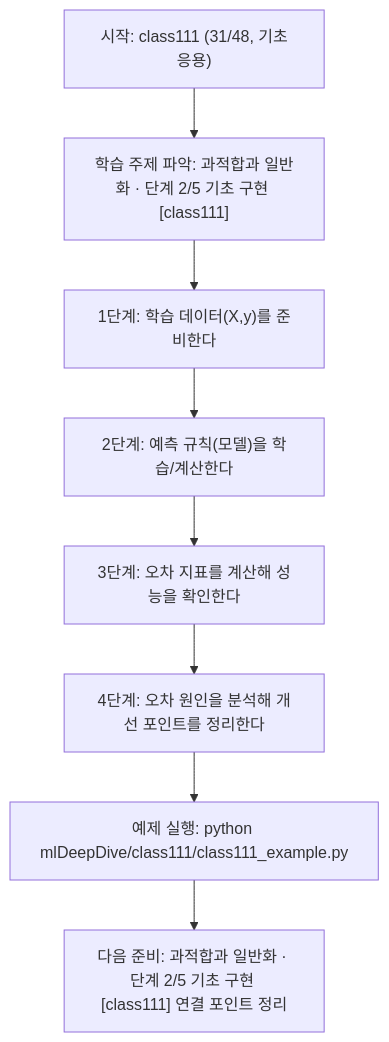
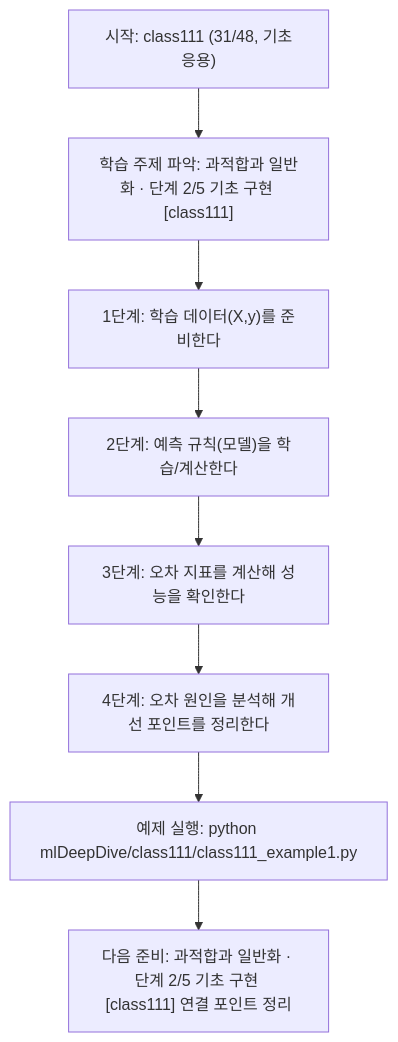
Before and after one commit to edumgt/Python-AI_Agent-Class: the diagram in mlDeepDive/class111/class111.md, drawn with Mermaid. The commit also changed other lines of this file and 2959 other files, not shown here.

````diff
--- a/mlDeepDive/class111/class111.md
+++ b/mlDeepDive/class111/class111.md
@@ -109,18 +109,18 @@
 ```mermaid
 flowchart TD
 N1["시작: class111 (31/48, 기초응용)"]
 N2["학습 주제 파악: 과적합과 일반화 · 단계 2/5 기초 구현 [class111]"]
 N3["1단계: 학습 데이터(X,y)를 준비한다"]
 N4["2단계: 예측 규칙(모델)을 학습/계산한다"]
 N5["3단계: 오차 지표를 계산해 성능을 확인한다"]
 N6["4단계: 오차 원인을 분석해 개선 포인트를 정리한다"]
-N7["예제 실행: python mlDeepDive/class111/class111_example.py"]
+N7["예제 실행: python mlDeepDive/class111/class111_example1.py"]
 N8["다음 준비: 과적합과 일반화 · 단계 2/5 기초 구현 [class111] 연결 포인트 정리"]
 N1 --> N2
 N2 --> N3
 N3 --> N4
 N4 --> N5
 N5 --> N6
 N6 --> N7
 N7 --> N8
 ```
````
